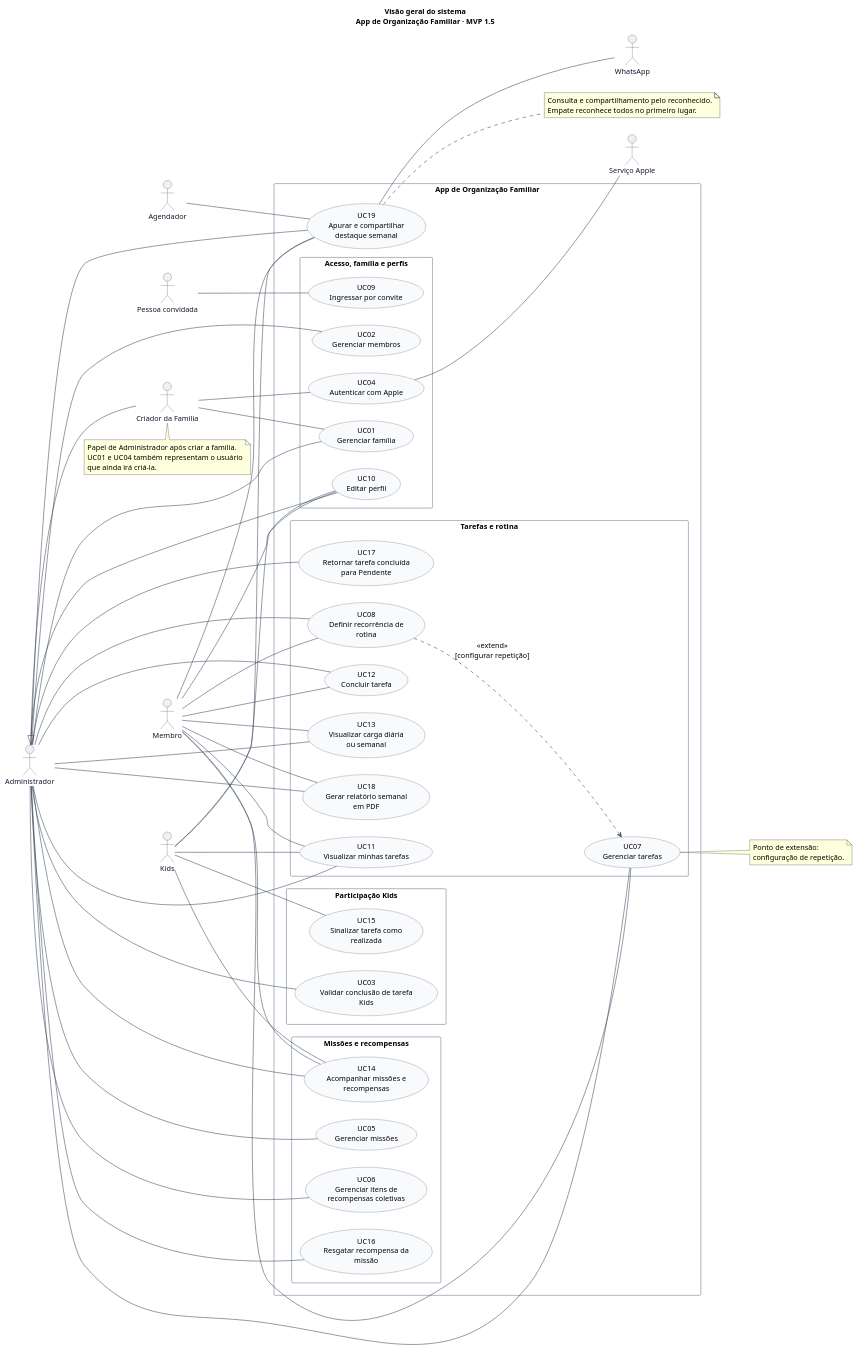
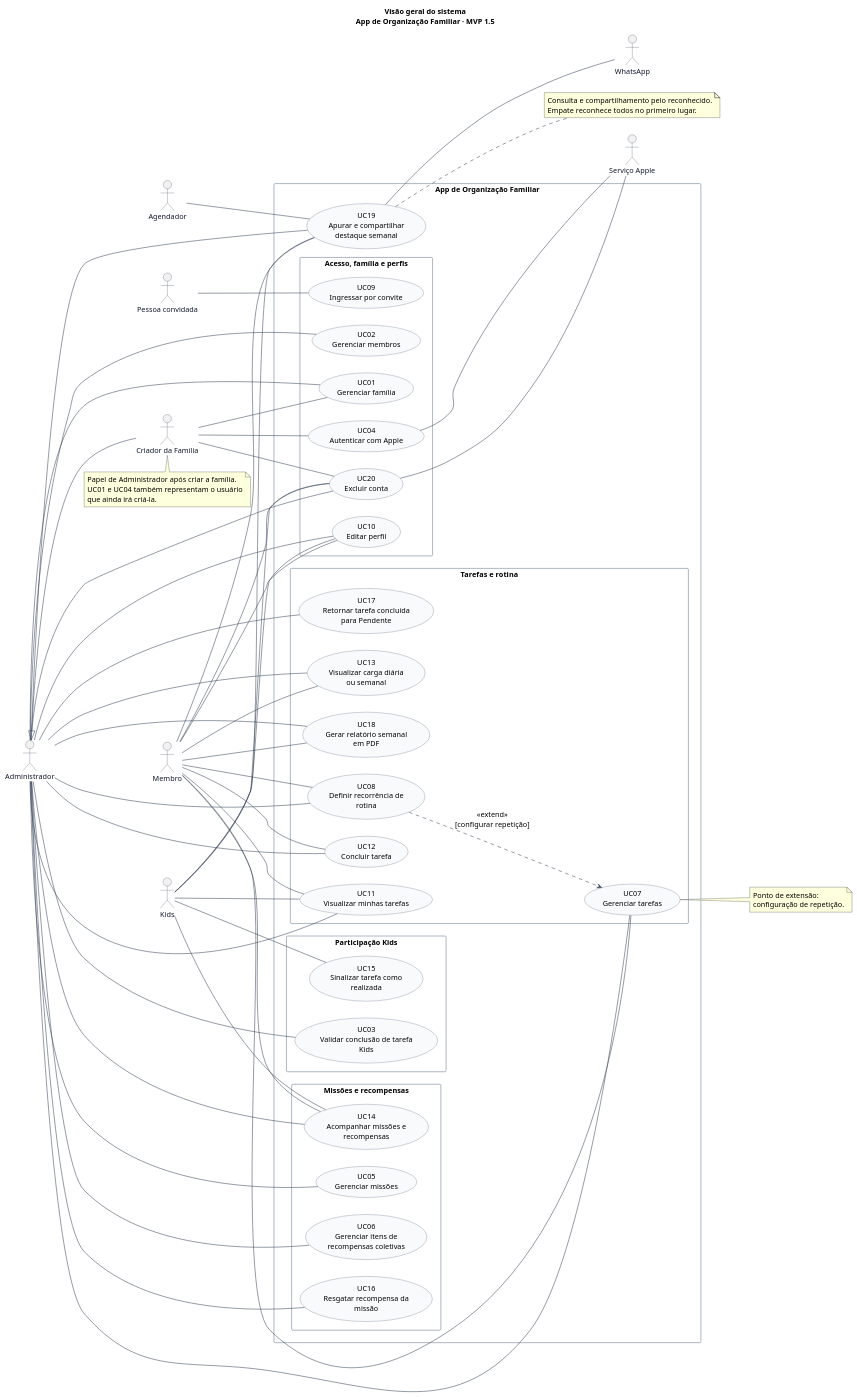
The diagram in docs/diagramas/casos-de-uso/01-visao-geral.puml (lizandramalta/App-Rotina-Familiar), drawn with PlantUML before and after one commit. The commit also changed 18 other files, not shown here.

```diff
--- a/docs/diagramas/casos-de-uso/01-visao-geral.puml
+++ b/docs/diagramas/casos-de-uso/01-visao-geral.puml
@@ -1,111 +1,117 @@
 @startuml
 ' Fonte editável. Renderização: java -jar plantuml.jar -charset UTF-8 -tsvg *.puml
 left to right direction
 skinparam shadowing false
 skinparam backgroundColor white
 skinparam defaultFontName SansSerif
 skinparam defaultFontSize 14
 skinparam ArrowColor #334155
 skinparam actorBorderColor #334155
 skinparam actorFontColor #0F172A
 skinparam usecaseBackgroundColor #F8FAFC
 skinparam usecaseBorderColor #475569
 skinparam rectangleBorderColor #64748B
 skinparam packageStyle rectangle
 skinparam nodesep 32
 skinparam ranksep 55
 title Visão geral do sistema\nApp de Organização Familiar · MVP 1.5
 
 actor "Administrador" as Admin
 actor "Membro" as Membro
 actor "Kids" as Kids
 actor "Criador da Família" as Criador
 actor "Pessoa convidada" as Convidado
 actor "Serviço Apple" as Apple
 actor "Agendador" as Agendador
 actor "WhatsApp" as WhatsApp
 
 rectangle "App de Organização Familiar" {
   package "Acesso, família e perfis" {
   usecase "UC01\nGerenciar família" as UC01
   usecase "UC02\nGerenciar membros" as UC02
   usecase "UC04\nAutenticar com Apple" as UC04
   usecase "UC09\nIngressar por convite" as UC09
   usecase "UC10\nEditar perfil" as UC10
+  usecase "UC20\nExcluir conta" as UC20
   }
   package "Tarefas e rotina" {
   usecase "UC07\nGerenciar tarefas" as UC07
   usecase "UC08\nDefinir recorrência de\nrotina" as UC08
   usecase "UC11\nVisualizar minhas tarefas" as UC11
   usecase "UC12\nConcluir tarefa" as UC12
   usecase "UC13\nVisualizar carga diária\nou semanal" as UC13
   usecase "UC18\nGerar relatório semanal\nem PDF" as UC18
   usecase "UC17\nRetornar tarefa concluída\npara Pendente" as UC17
   }
   package "Participação Kids" {
   usecase "UC15\nSinalizar tarefa como\nrealizada" as UC15
   usecase "UC03\nValidar conclusão de tarefa\nKids" as UC03
   }
   usecase "UC19\nApurar e compartilhar\ndestaque semanal" as UC19
   package "Missões e recompensas" {
   usecase "UC05\nGerenciar missões" as UC05
   usecase "UC06\nGerenciar itens de\nrecompensas coletivas" as UC06
   usecase "UC14\nAcompanhar missões e\nrecompensas" as UC14
   usecase "UC16\nResgatar recompensa da\nmissão" as UC16
   }
 }
 
 Admin -- UC01
 Admin -- UC02
 Admin -- UC03
 Admin -- UC05
 Admin -- UC06
 Admin -- UC07
 Admin -- UC08
 Admin -- UC10
 Admin -- UC11
 Admin -- UC12
 Admin -- UC13
 Admin -- UC18
 Admin -- UC14
 Admin -- UC16
 Admin -- UC17
 Membro -- UC07
 Membro -- UC08
 Membro -- UC10
 Kids -- UC10
+Admin -- UC20
+Membro -- UC20
+Kids -- UC20
+Criador -- UC20
 Membro -- UC11
 Membro -- UC12
 Membro -- UC13
 Membro -- UC18
 Membro -- UC14
 Kids -- UC11
 Kids -- UC14
 Kids -- UC15
 Criador -- UC01
 Criador -- UC04
 Convidado -- UC09
 UC04 -- Apple
+UC20 -- Apple
 Criador -up-|> Admin
 note bottom of Criador
   Papel de Administrador após criar a família.
   UC01 e UC04 também representam o usuário
   que ainda irá criá-la.
 end note
 UC08 ..> UC07 : <<extend>>\n[configurar repetição]
 note right of UC07
   Ponto de extensão:
   configuração de repetição.
 end note
 
 Agendador -- UC19
 Admin -- UC19
 Membro -- UC19
 Kids -- UC19
 UC19 -- WhatsApp
 note right of UC19
   Consulta e compartilhamento pelo reconhecido.
   Empate reconhece todos no primeiro lugar.
 end note
 
 @enduml
```
